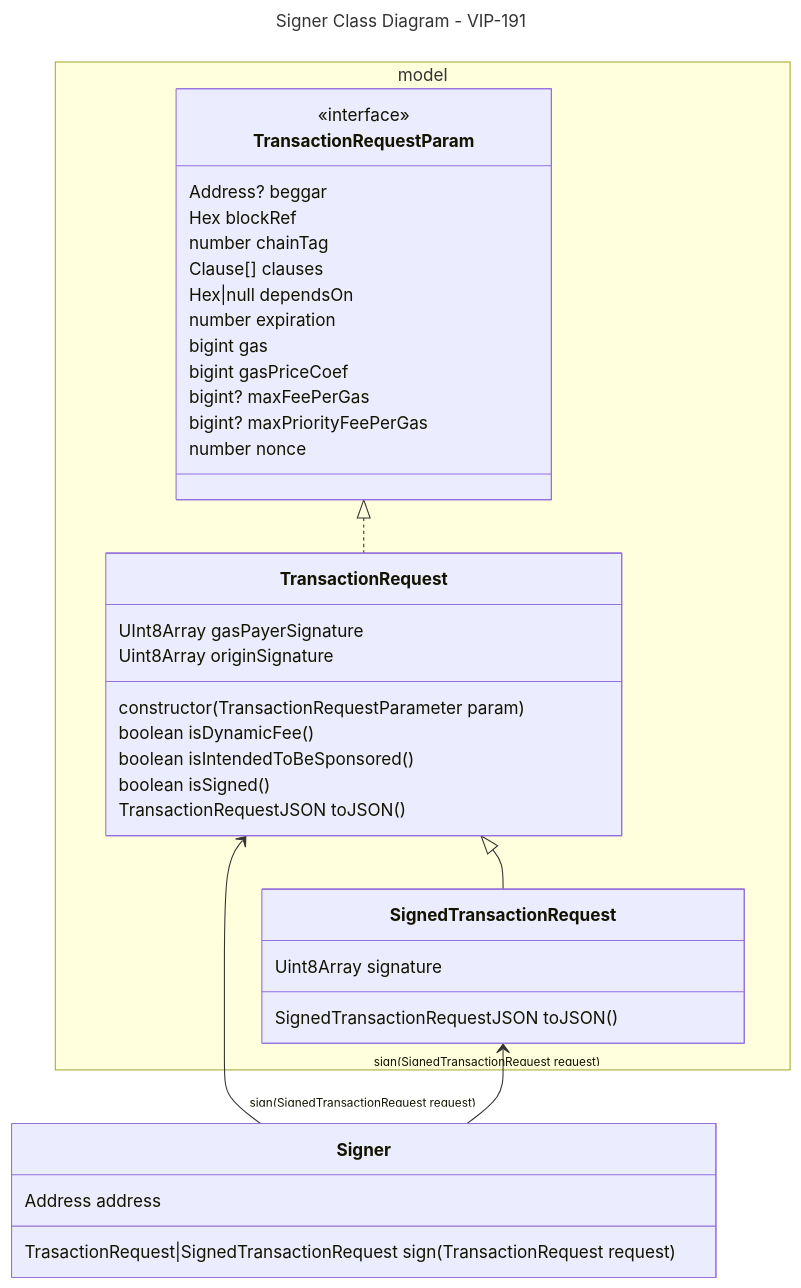
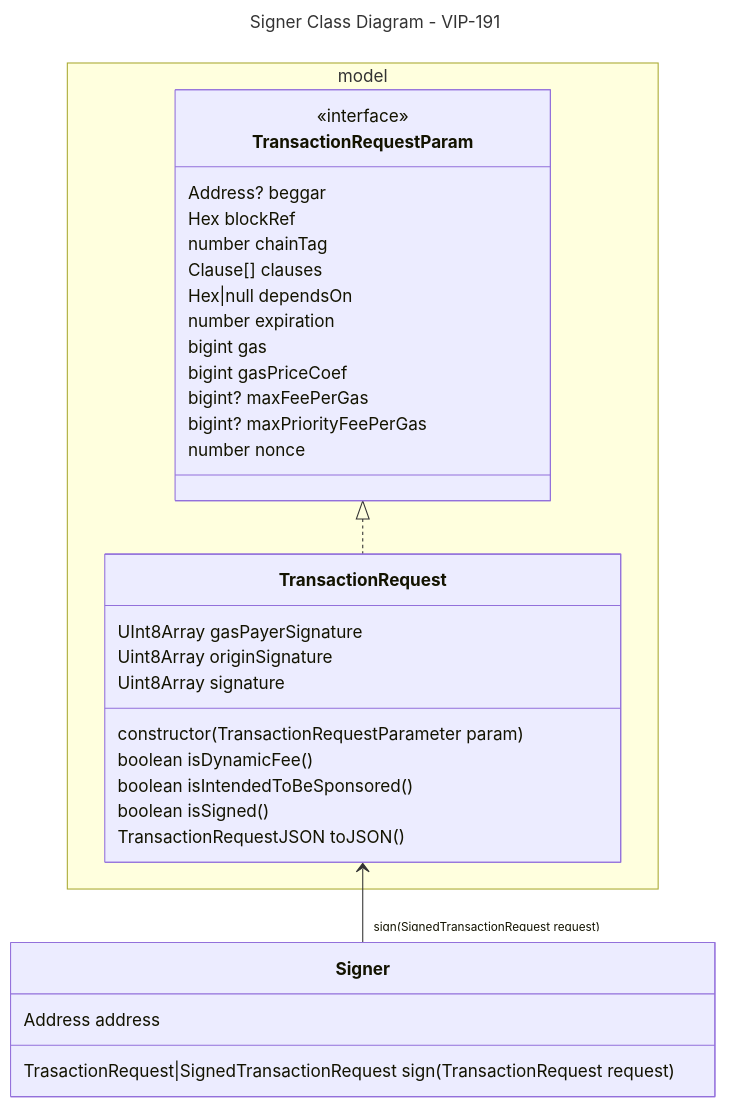
One commit to vechain/vechain-sdk-js changed the diagram in docs/thorest/thor/signer/signer_class.mmd. Above: the diagram before and after it, drawn with Mermaid. The commit also changed other lines of this file and 2 other files, not shown here.

Commit message:
feat: 2476 PrivateKeySigner tests

```diff
--- a/docs/thorest/thor/signer/signer_class.mmd
+++ b/docs/thorest/thor/signer/signer_class.mmd
@@ -1,41 +1,37 @@
 ---
 title: Signer Class Diagram - VIP-191
 ---
 classDiagram
     namespace model {
-        class SignedTransactionRequest {
-            Uint8Array signature
-            SignedTransactionRequestJSON toJSON()
-        }
         class TransactionRequest {
             UInt8Array gasPayerSignature
             Uint8Array originSignature
+            Uint8Array signature
             constructor(TransactionRequestParameter param)
             boolean isDynamicFee()
             boolean isIntendedToBeSponsored()
             boolean isSigned()
             TransactionRequestJSON toJSON()
         }
         class TransactionRequestParam {
             <<interface>>
             Address? beggar
             Hex blockRef
             number chainTag
             Clause[] clauses
             Hex|null dependsOn
             number expiration
             bigint gas
             bigint gasPriceCoef
             bigint? maxFeePerGas
             bigint? maxPriorityFeePerGas
             number nonce
         }
     }
     class Signer {
         Address address
         TrasactionRequest|SignedTransactionRequest sign(TransactionRequest request)
     }
     TransactionRequestParam <|.. TransactionRequest
-    TransactionRequest <|-- SignedTransactionRequest
+
     TransactionRequest <-- "sign(SignedTransactionRequest request)" Signer
-    SignedTransactionRequest "sign(SignedTransactionRequest request)" <-- Signer
```
